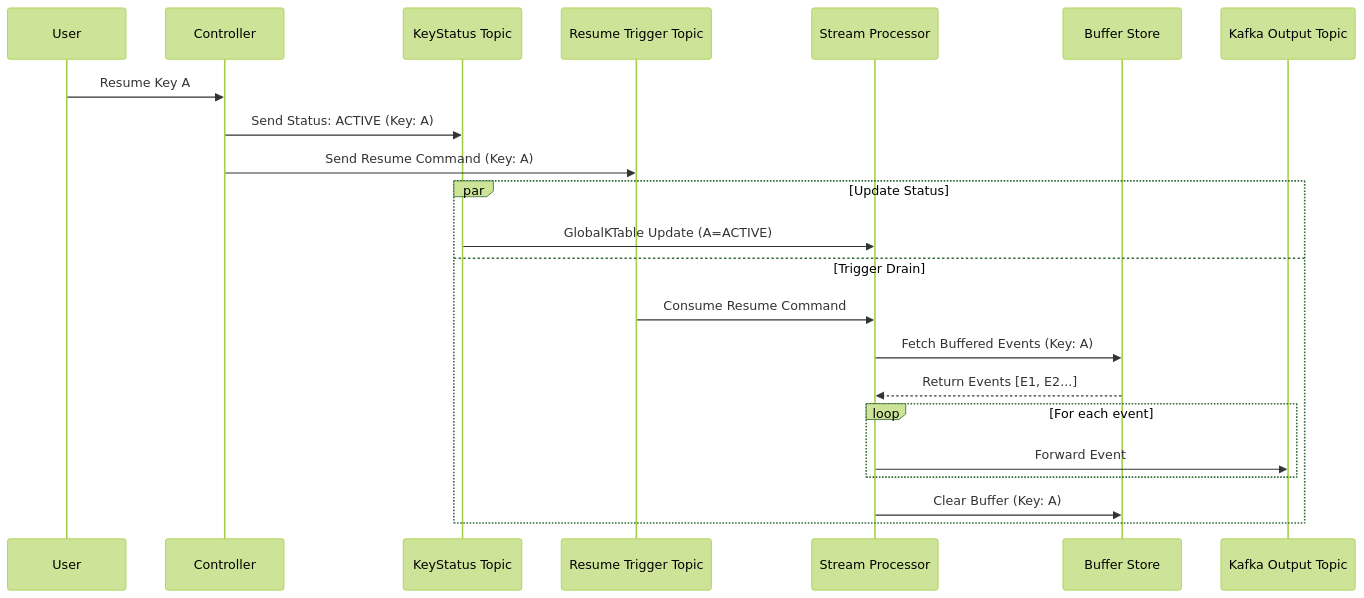
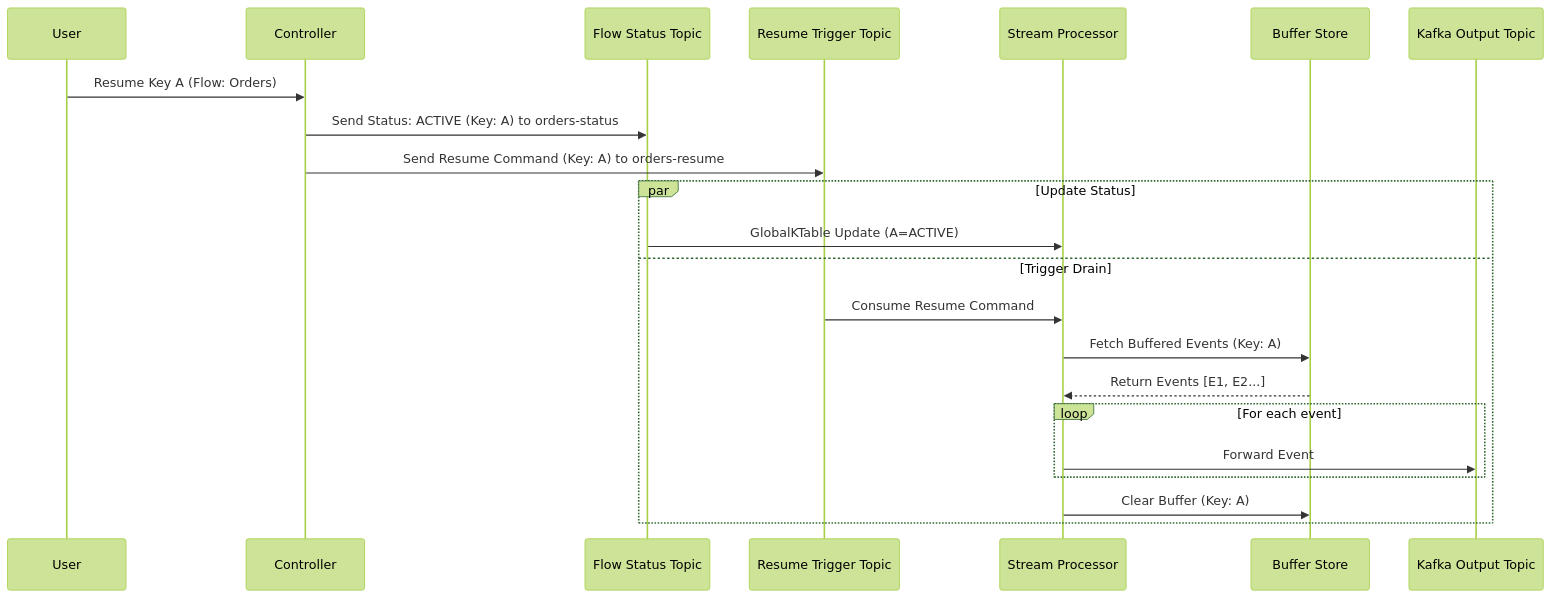
One commit to beckwithviking/event-pause changed the third of 3 diagrams in README.md. Above: the diagram before and after it, drawn with Mermaid (forest theme). The commit also changed other lines of this file, not shown here.

````diff
--- a/README.md
+++ b/README.md
@@ -135,26 +135,26 @@
 ```mermaid
 sequenceDiagram
     participant U as User
     participant C as Controller
-    participant KS as KeyStatus Topic
+    participant FS as Flow Status Topic
     participant RT as Resume Trigger Topic
     participant S as Stream Processor
     participant B as Buffer Store
     participant O as Kafka Output Topic
 
-    U->>C: Resume Key A
-    C->>KS: Send Status: ACTIVE (Key: A)
-    C->>RT: Send Resume Command (Key: A)
+    U->>C: Resume Key A (Flow: Orders)
+    C->>FS: Send Status: ACTIVE (Key: A) to orders-status
+    C->>RT: Send Resume Command (Key: A) to orders-resume
     
     par Update Status
-        KS->>S: GlobalKTable Update (A=ACTIVE)
+        FS->>S: GlobalKTable Update (A=ACTIVE)
     and Trigger Drain
         RT->>S: Consume Resume Command
         S->>B: Fetch Buffered Events (Key: A)
         B-->>S: Return Events [E1, E2...]
         loop For each event
             S->>O: Forward Event
         end
         S->>B: Clear Buffer (Key: A)
     end
 ```
````
